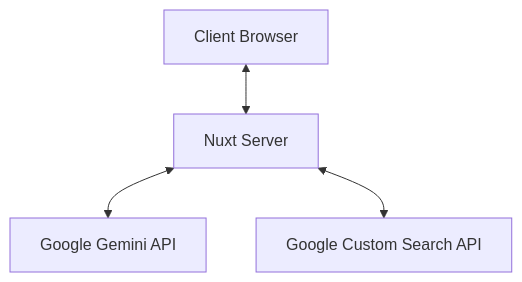
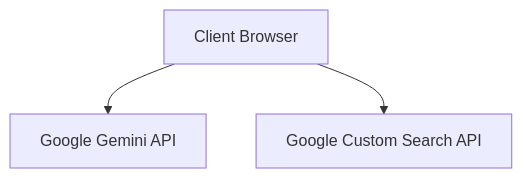
One commit to cuongbuoi/retro-ai-agent changed the first of 8 diagrams in memory-bank/systemPatterns.md. Above: the diagram before and after it, drawn with Mermaid. The commit also changed other lines of this file and 40 other files, not shown here.

````diff
--- a/memory-bank/systemPatterns.md
+++ b/memory-bank/systemPatterns.md
@@ -7,6 +7,5 @@
 ```mermaid
 flowchart TB
-    Client[Client Browser] <--> NuxtServer[Nuxt Server]
-    NuxtServer <--> AIService[Google Gemini API]
-    NuxtServer <--> SearchAPI[Google Custom Search API]
+    Client[Client Browser] --> GeminiAPI[Google Gemini API]
+    Client --> SearchAPI[Google Custom Search API]
 ```
````
